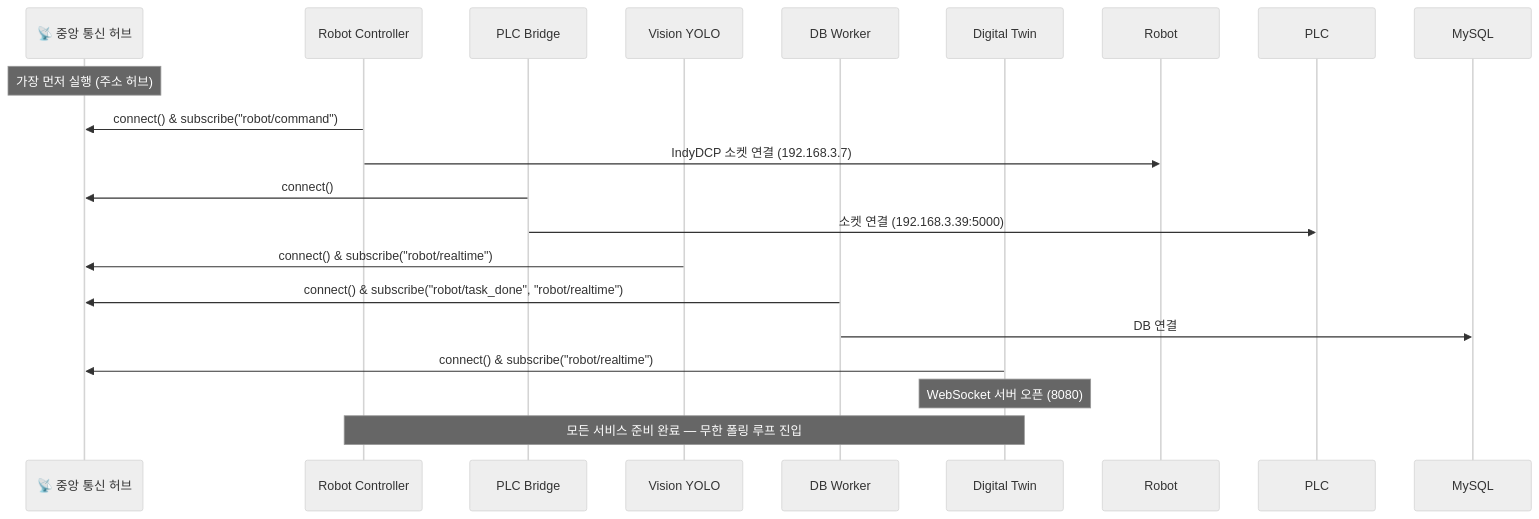
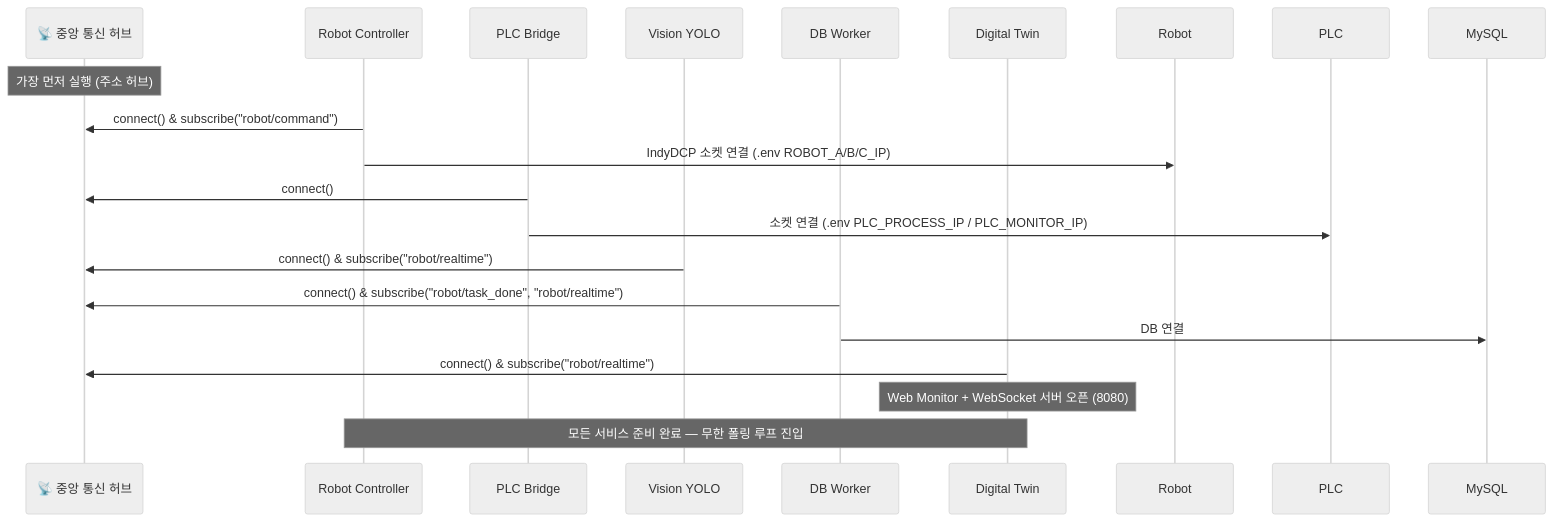
The first of 5 diagrams in backend/README.md (HeungJAELEE/Busan_Robot), drawn with Mermaid (neutral theme) before and after one commit. The commit also changed other lines of this file and 24 other files, not shown here.

Commit message:
feat: add operator web monitor and focused recording

````diff
--- a/backend/README.md
+++ b/backend/README.md
@@ -126,26 +132,26 @@
 ```mermaid
 sequenceDiagram
     participant B as 📡 중앙 통신 허브
     participant R as Robot Controller
     participant P as PLC Bridge
     participant V as Vision YOLO
     participant D as DB Worker
     participant T as Digital Twin
 
     Note over B: 가장 먼저 실행 (주소 허브)
     R->>B: connect() & subscribe("robot/command")
-    R->>Robot: IndyDCP 소켓 연결 (192.168.3.7)
+    R->>Robot: IndyDCP 소켓 연결 (.env ROBOT_A/B/C_IP)
     
     P->>B: connect()
-    P->>PLC: 소켓 연결 (192.168.3.39:5000)
+    P->>PLC: 소켓 연결 (.env PLC_PROCESS_IP / PLC_MONITOR_IP)
     
     V->>B: connect() & subscribe("robot/realtime")
     
     D->>B: connect() & subscribe("robot/task_done", "robot/realtime")
     D->>MySQL: DB 연결
     
     T->>B: connect() & subscribe("robot/realtime")
-    Note over T: WebSocket 서버 오픈 (8080)
+    Note over T: Web Monitor + WebSocket 서버 오픈 (8080)
     
     Note over R,T: 모든 서비스 준비 완료 — 무한 폴링 루프 진입
 ```
````
